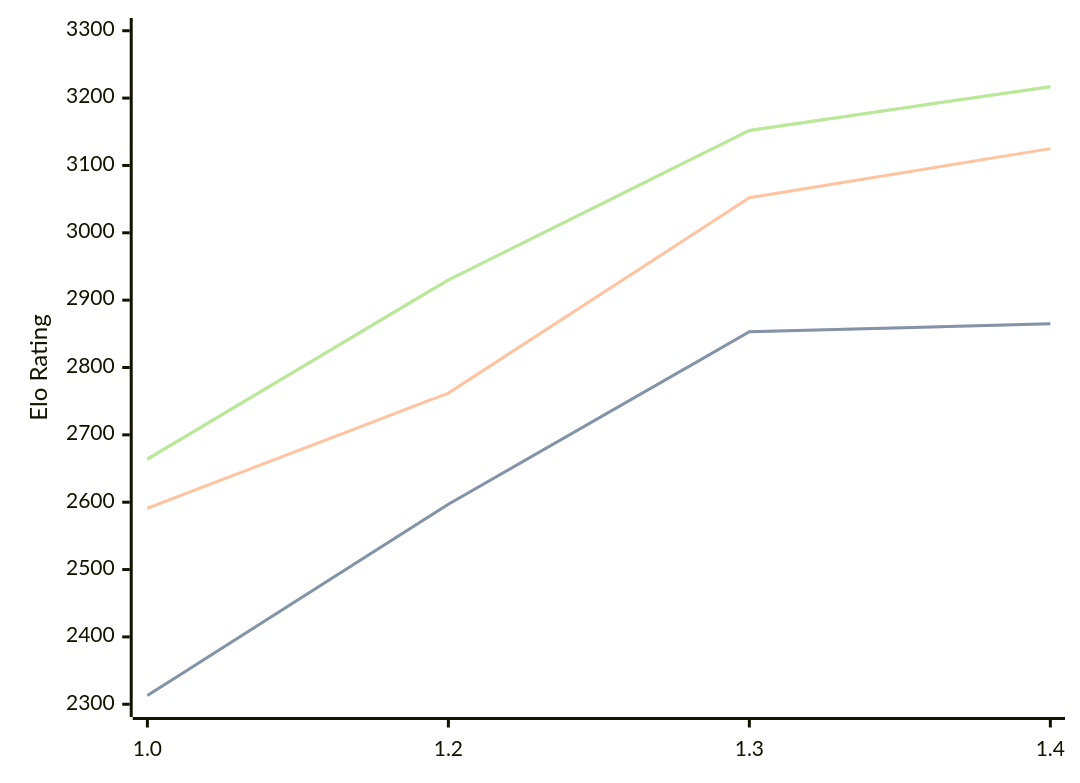
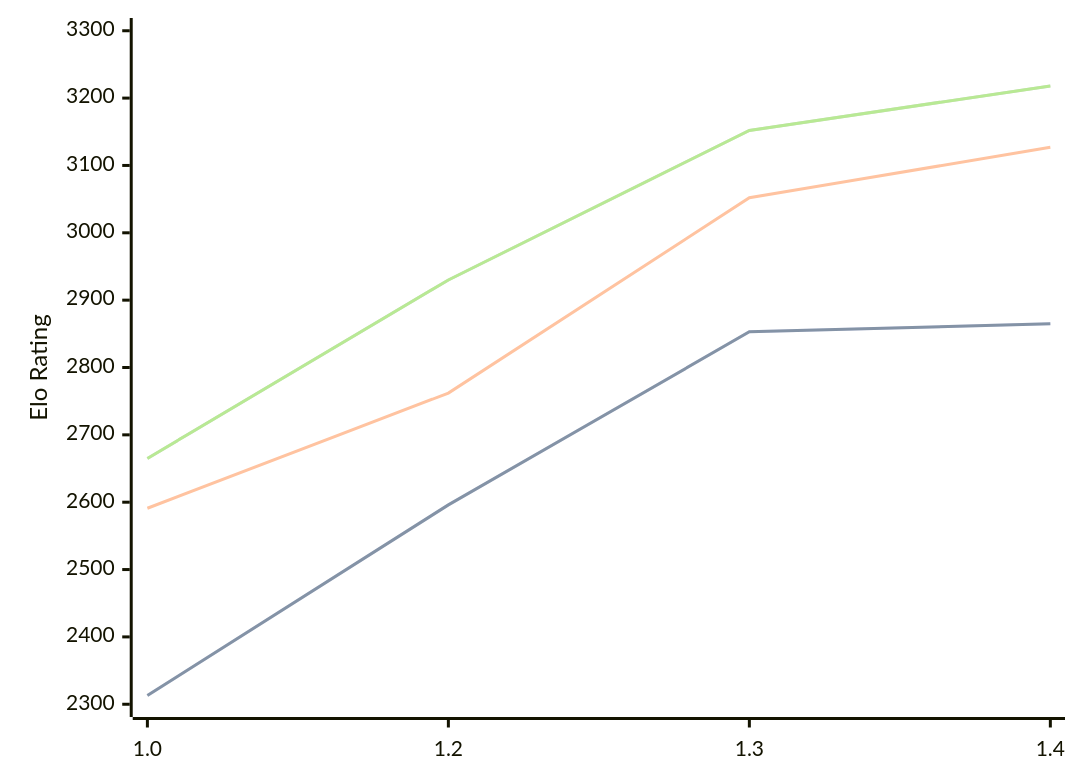
One commit to computer-chess-index/cci changed the diagram in engines/Chessnix.md. Above: the diagram before and after it, drawn with Mermaid. The commit also changed other lines of this file, not shown here.

Commit message:
Update CCI Ratings (ELO VLTC) - 2026-07-20

````diff
--- a/engines/Chessnix.md
+++ b/engines/Chessnix.md
@@ -36,11 +36,11 @@
 ```mermaid
 %%{init: {"theme":"base","themeVariables":{"seriesColors:['#a3a3a3','#222221','#faa371']}}}%%
 xychart-beta
   x-axis ["1.0", "1.2", "1.3", "1.4"]
   y-axis "Elo Rating" 2300 --> 3300
-  line "STC (8.0+0.08s)" [2313, 2597, 2853, 2865]
-  line "STC (8.0+0.08s)" [2313, 2597, 2853, 2865]
-  line "LTC (60.0+0.60s)" [2591, 2762, 3052, 3125]
-  line "VLTC (2m24s+1.12s)" [2664, 2930, 3152, 3217]
-  line "VLTC (2m24s+1.12s)" [2664, 2930, 3152, 3217]
+  line "STC (8.0+0.08s)" [2313, 2596, 2853, 2865]
+  line "STC (8.0+0.08s)" [2313, 2596, 2853, 2865]
+  line "LTC (60.0+0.60s)" [2591, 2762, 3052, 3127]
+  line "VLTC (2m24s+1.12s)" [2665, 2930, 3152, 3218]
+  line "VLTC (2m24s+1.12s)" [2665, 2930, 3152, 3218]
 ```
````
